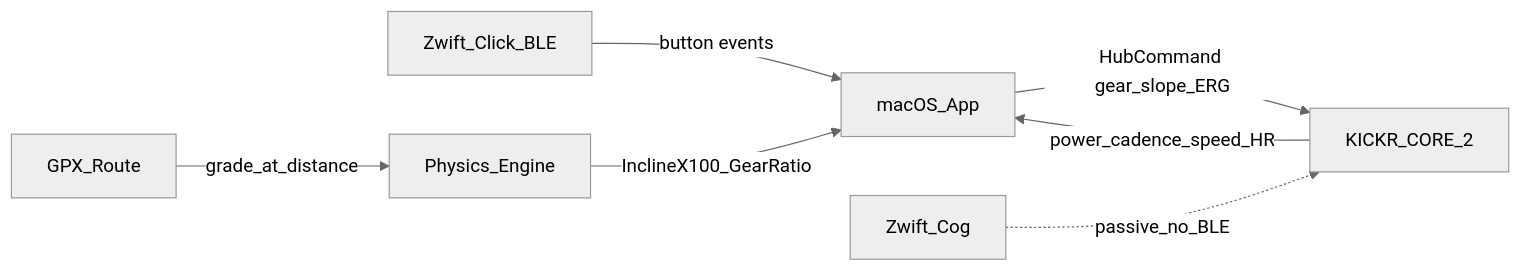
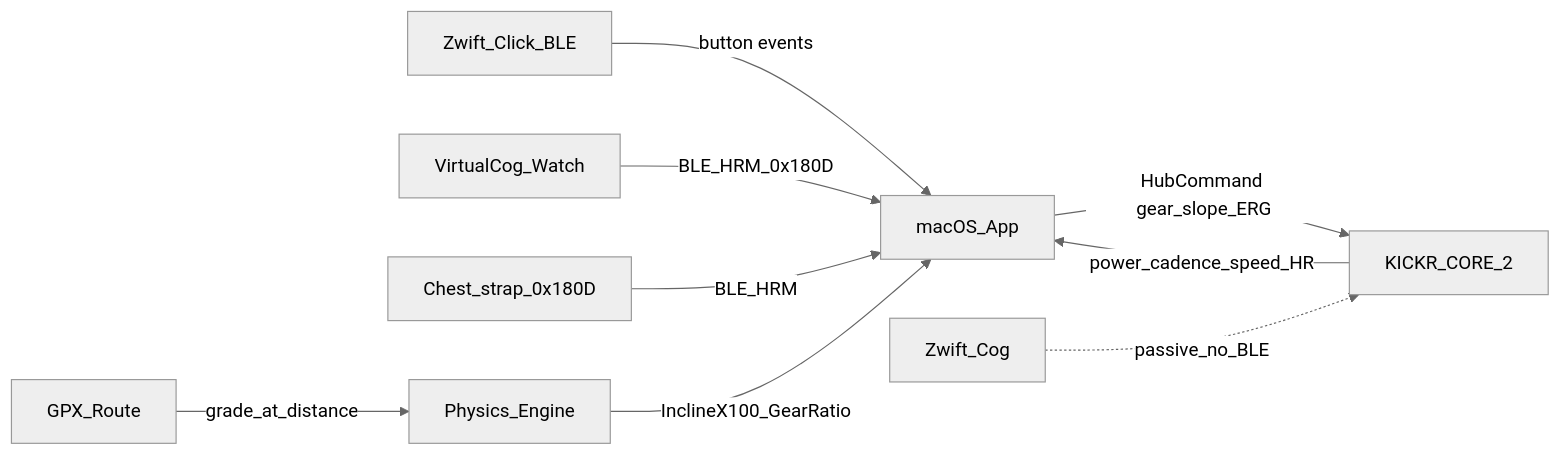
The first of 2 diagrams in PLAN.md (pymmog/virtual-cog), drawn with Mermaid (neutral theme) before and after one commit. The commit also changed other lines of this file and 28 other files, not shown here.

First line of the commit message:
Add Apple Watch and BLE heart-rate pairing. (#3)

````diff
--- a/PLAN.md
+++ b/PLAN.md
@@ -22,9 +23,11 @@
 ```mermaid
 flowchart LR
   Click[Zwift_Click_BLE] -->|button events| App[macOS_App]
   App -->|HubCommand gear_slope_ERG| Kickr[KICKR_CORE_2]
   Kickr -->|power_cadence_speed_HR| App
+  Watch[VirtualCog_Watch] -->|BLE_HRM_0x180D| App
+  Strap[Chest_strap_0x180D] -->|BLE_HRM| App
   GPX[GPX_Route] -->|grade_at_distance| Physics[Physics_Engine]
   Physics -->|InclineX100_GearRatio| App
   Cog[Zwift_Cog] -.->|passive_no_BLE| Kickr
 ```
````
